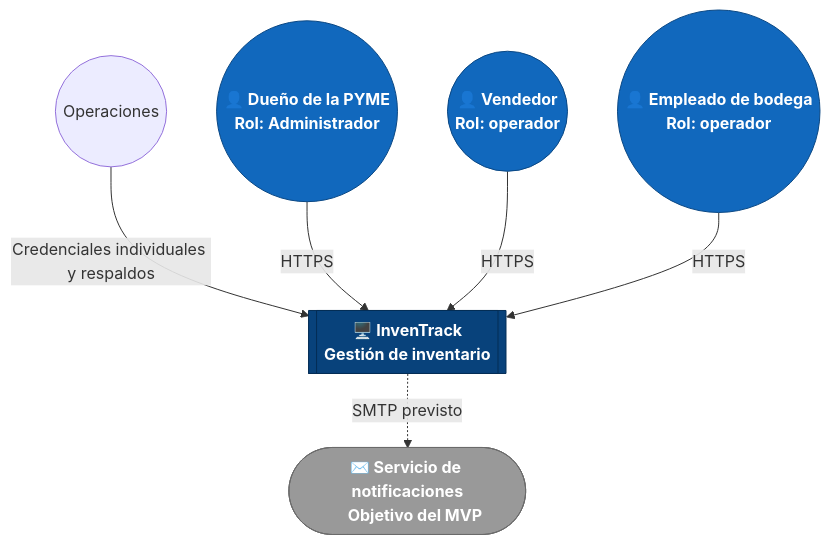
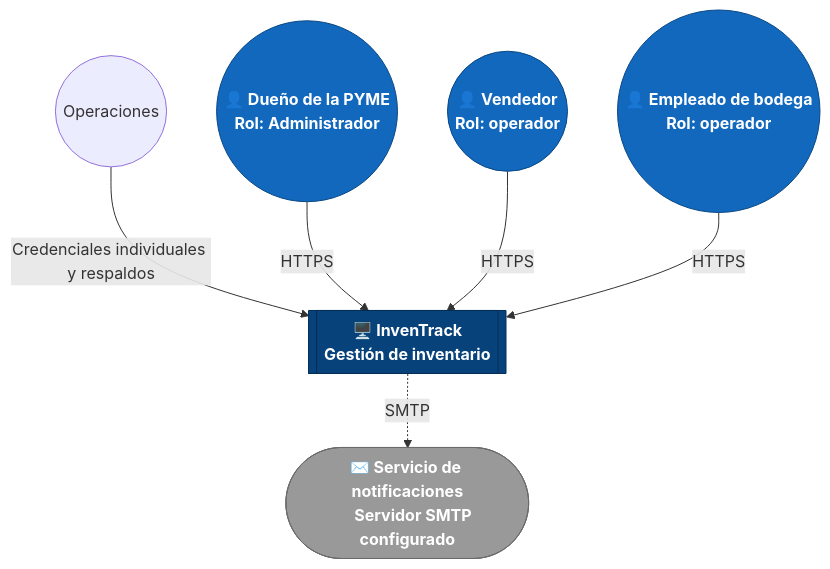
The diagram in docs/c4/context.md (ISCOUTB/AS_202620_InvenTrack), drawn with Mermaid before and after one commit. The commit also changed other lines of this file and 31 other files, not shown here.

````diff
--- a/docs/c4/context.md
+++ b/docs/c4/context.md
@@ -16,27 +16,27 @@
 ```mermaid
 flowchart TB
     Dueno(("👤 Dueño de la PYME
     Rol: Administrador"))
     Vendedor(("👤 Vendedor
     Rol: operador"))
     Empleado(("👤 Empleado de bodega
     Rol: operador"))
     InvenTrack[["🖥️ InvenTrack
     Gestión de inventario"]]
     Notif(["✉️ Servicio de notificaciones
-    Objetivo del MVP"])
+    Servidor SMTP configurado"])
 
     Operaciones((Operaciones)) -->|Credenciales individuales y respaldos| InvenTrack
     Dueno -- HTTPS --> InvenTrack
     Vendedor -- HTTPS --> InvenTrack
     Empleado -- HTTPS --> InvenTrack
-    InvenTrack -. SMTP previsto .-> Notif
+    InvenTrack -. SMTP .-> Notif
 
     classDef person fill:#1168bd,stroke:#0b4884,color:#ffffff,font-weight:bold
     classDef system fill:#08427b,stroke:#052e56,color:#ffffff,font-weight:bold
     classDef external fill:#999999,stroke:#6b6b6b,color:#ffffff,font-weight:bold
 
     class Dueno,Vendedor,Empleado person
     class InvenTrack system
     class Notif external
 ```
````
